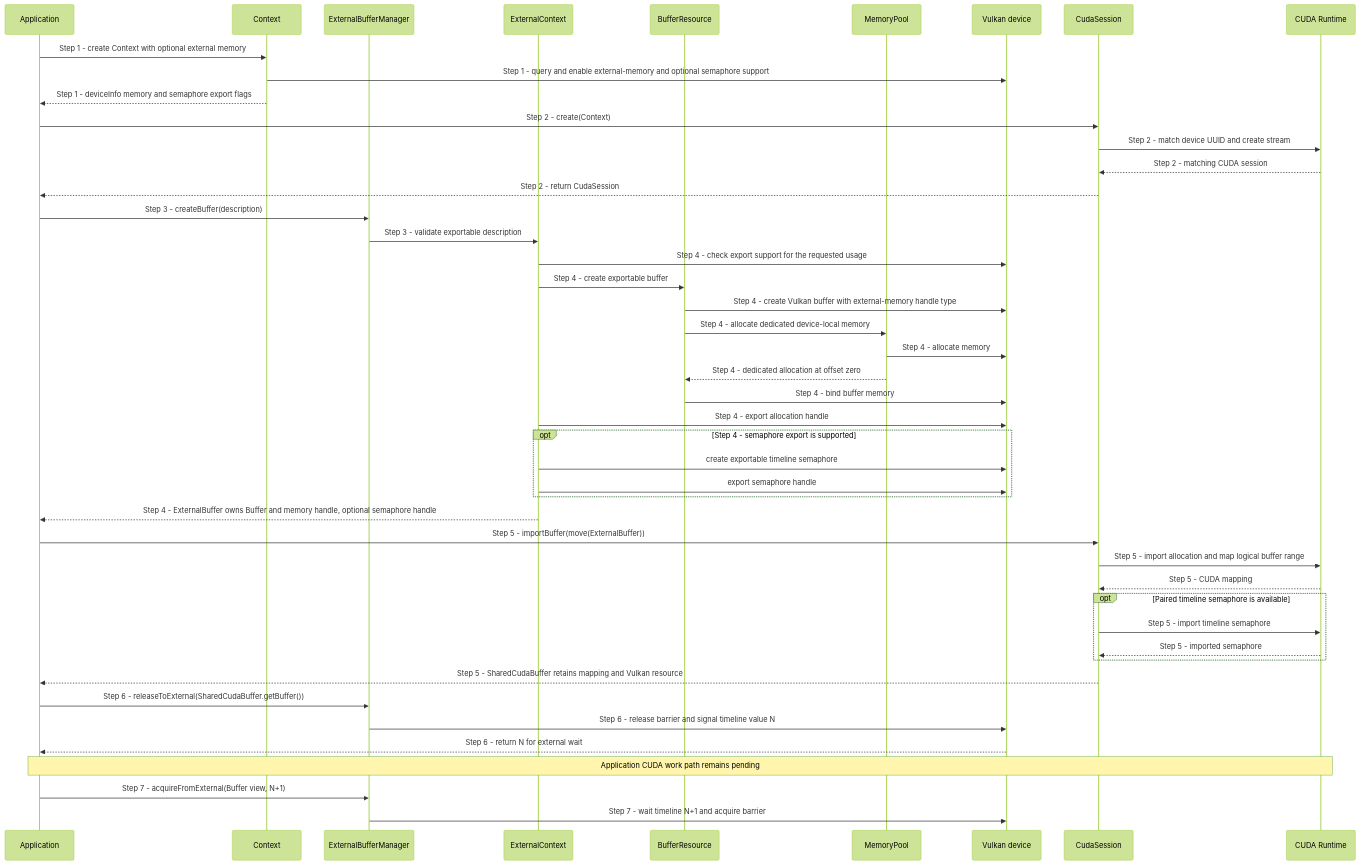
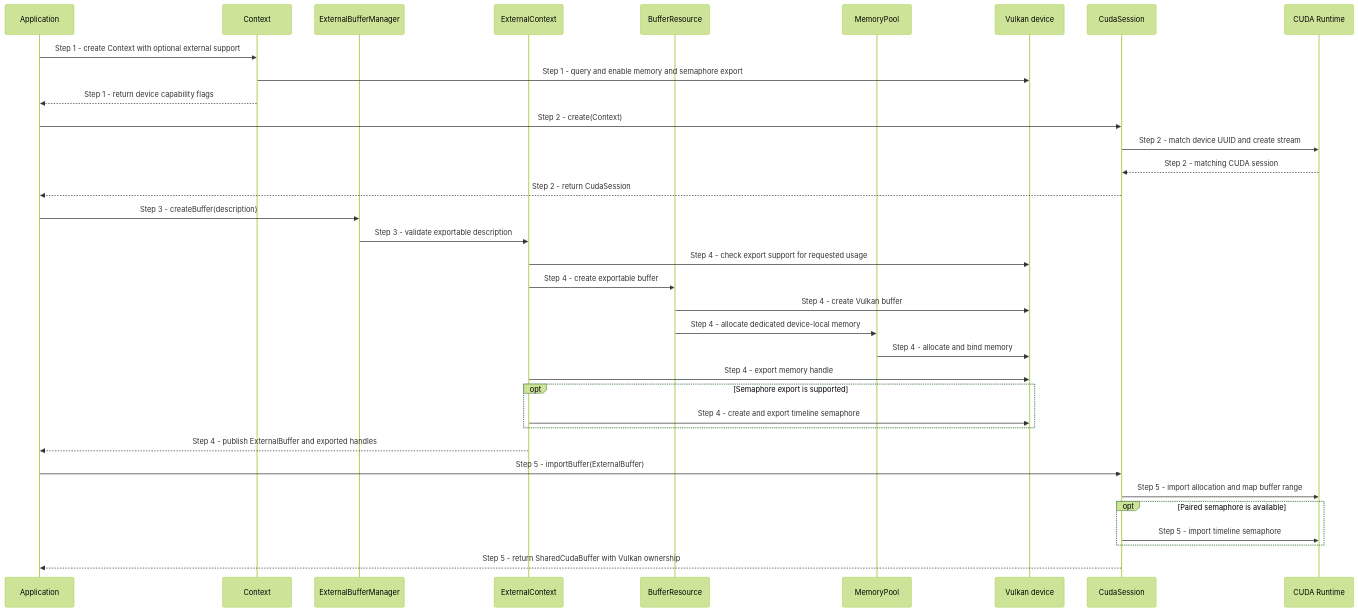
Before and after one commit to a-soltysik/Panda: the diagram in docs/use-cases/create-external-buffer.md, drawn with Mermaid (forest theme). The commit also changed other lines of this file and 33 other files, not shown here.

````diff
--- a/docs/use-cases/create-external-buffer.md
+++ b/docs/use-cases/create-external-buffer.md
@@ -71,48 +45,37 @@
 ```mermaid
 sequenceDiagram
     participant A as Application
     participant C as Context
     participant X as ExternalBufferManager
     participant E as ExternalContext
     participant B as BufferResource
     participant M as MemoryPool
     participant V as Vulkan device
     participant S as CudaSession
     participant R as CUDA Runtime
-    A->>C: Step 1 - create Context with optional external memory
-    C->>V: Step 1 - query and enable external-memory and optional semaphore support
-    C-->>A: Step 1 - deviceInfo memory and semaphore export flags
+    A->>C: Step 1 - create Context with optional external support
+    C->>V: Step 1 - query and enable memory and semaphore export
+    C-->>A: Step 1 - return device capability flags
     A->>S: Step 2 - create(Context)
     S->>R: Step 2 - match device UUID and create stream
     R-->>S: Step 2 - matching CUDA session
     S-->>A: Step 2 - return CudaSession
     A->>X: Step 3 - createBuffer(description)
     X->>E: Step 3 - validate exportable description
-    E->>V: Step 4 - check export support for the requested usage
+    E->>V: Step 4 - check export support for requested usage
     E->>B: Step 4 - create exportable buffer
-    B->>V: Step 4 - create Vulkan buffer with external-memory handle type
+    B->>V: Step 4 - create Vulkan buffer
     B->>M: Step 4 - allocate dedicated device-local memory
-    M->>V: Step 4 - allocate memory
-    M-->>B: Step 4 - dedicated allocation at offset zero
-    B->>V: Step 4 - bind buffer memory
-    E->>V: Step 4 - export allocation handle
-    opt Step 4 - semaphore export is supported
-        E->>V: create exportable timeline semaphore
-        E->>V: export semaphore handle
+    M->>V: Step 4 - allocate and bind memory
+    E->>V: Step 4 - export memory handle
+    opt Semaphore export is supported
+        E->>V: Step 4 - create and export timeline semaphore
     end
-    E-->>A: Step 4 - ExternalBuffer owns Buffer and memory handle, optional semaphore handle
-    A->>S: Step 5 - importBuffer(move(ExternalBuffer))
-    S->>R: Step 5 - import allocation and map logical buffer range
-    R-->>S: Step 5 - CUDA mapping
-    opt Paired timeline semaphore is available
+    E-->>A: Step 4 - publish ExternalBuffer and exported handles
+    A->>S: Step 5 - importBuffer(ExternalBuffer)
+    S->>R: Step 5 - import allocation and map buffer range
+    opt Paired semaphore is available
         S->>R: Step 5 - import timeline semaphore
-        R-->>S: Step 5 - imported semaphore
     end
-    S-->>A: Step 5 - SharedCudaBuffer retains mapping and Vulkan resource
-    A->>X: Step 6 - releaseToExternal(SharedCudaBuffer.getBuffer())
-    X->>V: Step 6 - release barrier and signal timeline value N
-    V-->>A: Step 6 - return N for external wait
-    Note over A,R: Application CUDA work path remains pending
-    A->>X: Step 7 - acquireFromExternal(Buffer view, N+1)
-    X->>V: Step 7 - wait timeline N+1 and acquire barrier
+    S-->>A: Step 5 - return SharedCudaBuffer with Vulkan ownership
 ```
````
